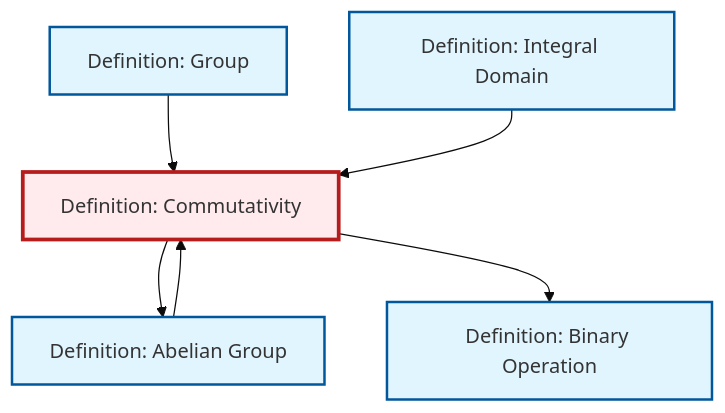
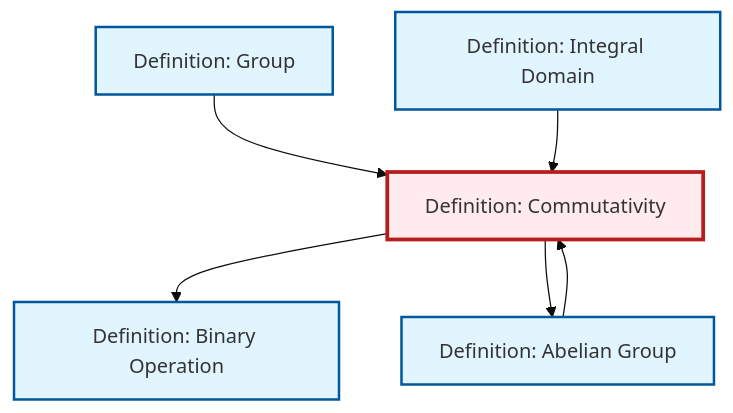
The diagram in content/en/algebra/def-commutativity.qmd (RK0429/ModernMath), drawn with Mermaid (base theme) before and after one commit. The commit also changed other lines of this file and 654 other files, not shown here.

````diff
--- a/content/en/algebra/def-commutativity.qmd
+++ b/content/en/algebra/def-commutativity.qmd
@@ -93,24 +93,24 @@
 ```{mermaid}
 %%| fig-cap: "Local dependency graph"
 graph TD
     classDef definition fill:#e1f5fe,stroke:#01579b,stroke-width:2px
     classDef theorem fill:#f3e5f5,stroke:#4a148c,stroke-width:2px
     classDef axiom fill:#fff3e0,stroke:#e65100,stroke-width:2px
     classDef example fill:#e8f5e9,stroke:#1b5e20,stroke-width:2px
     classDef current fill:#ffebee,stroke:#b71c1c,stroke-width:3px
     def-group["Definition: Group"]:::definition
-    def-abelian-group["Definition: Abelian Group"]:::definition
     def-binary-operation["Definition: Binary Operation"]:::definition
     def-integral-domain["Definition: Integral Domain"]:::definition
     def-commutativity["Definition: Commutativity"]:::definition
-    def-abelian-group --> def-commutativity
+    def-abelian-group["Definition: Abelian Group"]:::definition
+    def-commutativity --> def-binary-operation
     def-commutativity --> def-abelian-group
     def-group --> def-commutativity
-    def-commutativity --> def-binary-operation
+    def-abelian-group --> def-commutativity
     def-integral-domain --> def-commutativity
     class def-commutativity current
     click def-group "def-group.html" "Go to Group definition"
-    click def-abelian-group "def-abelian-group.html" "Go to Abelian Group definition"
     click def-binary-operation "def-binary-operation.html" "Go to Binary Operation definition"
     click def-integral-domain "def-integral-domain.html" "Go to Integral Domain definition"
+    click def-abelian-group "def-abelian-group.html" "Go to Abelian Group definition"
 ```
````
